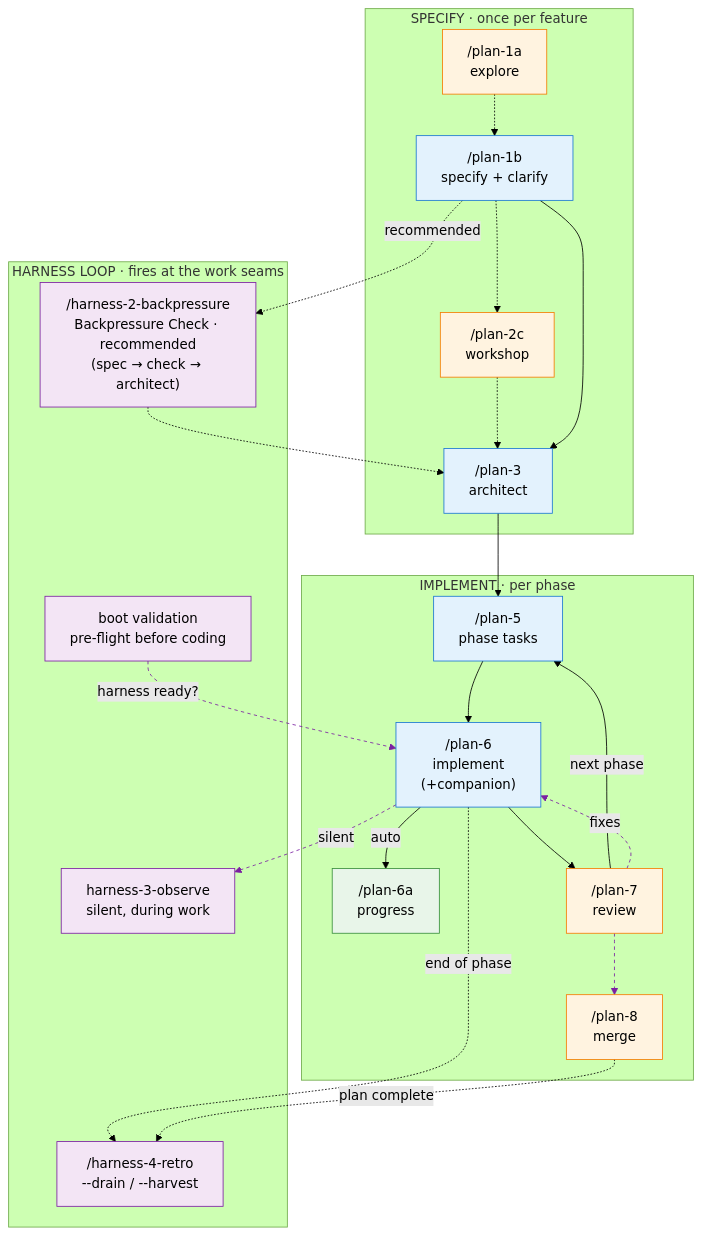
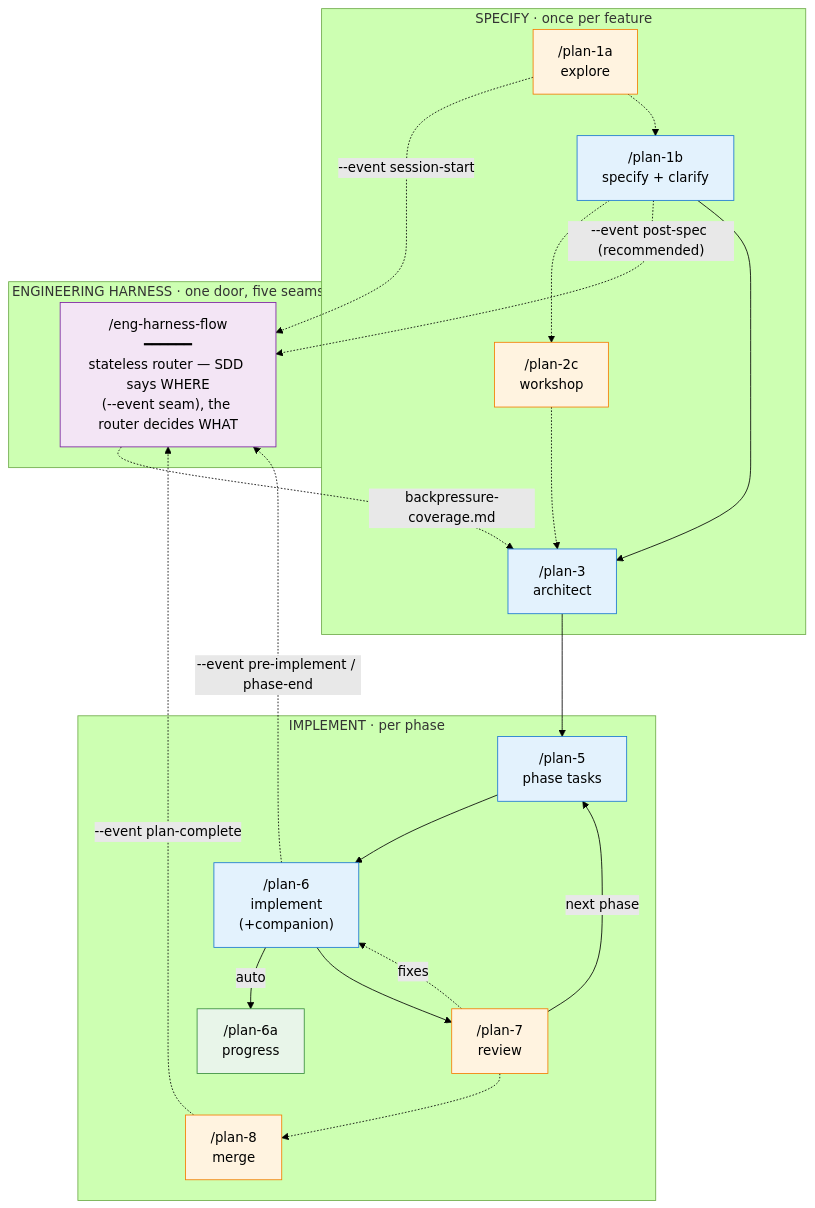
One commit to jakkaj/tools changed the first of 2 diagrams in skills/SDD/the-flow/references/getting-started.md. Above: the diagram before and after it, drawn with Mermaid (forest theme). The commit also changed other lines of this file and 44 other files, not shown here.

````diff
--- a/skills/SDD/the-flow/references/getting-started.md
+++ b/skills/SDD/the-flow/references/getting-started.md
@@ -18,50 +28,43 @@
 ```mermaid
 flowchart TB
     classDef manual fill:#e3f2fd,stroke:#1976d2,color:#000
     classDef auto fill:#e8f5e9,stroke:#388e3c,color:#000
     classDef optional fill:#fff3e0,stroke:#f57c00,color:#000
     classDef harness fill:#f3e5f5,stroke:#7b1fa2,color:#000
 
     subgraph specify["SPECIFY · once per feature"]
         P1A["/plan-1a<br/>explore"]:::optional
         P1B["/plan-1b<br/>specify + clarify"]:::manual
         P2C["/plan-2c<br/>workshop"]:::optional
         P3["/plan-3<br/>architect"]:::manual
     end
 
     subgraph implement["IMPLEMENT · per phase"]
         P5["/plan-5<br/>phase tasks"]:::manual
         P6["/plan-6<br/>implement<br/>(+companion)"]:::manual
         P6A["/plan-6a<br/>progress"]:::auto
         P7["/plan-7<br/>review"]:::optional
         P8["/plan-8<br/>merge"]:::optional
     end
 
-    subgraph harness["HARNESS LOOP · fires at the work seams"]
-        HBP["/harness-2-backpressure<br/>Backpressure Check · recommended<br/>(spec → check → architect)"]:::harness
-        HB["boot validation<br/>pre-flight before coding"]:::harness
-        HO["harness-3-observe<br/>silent, during work"]:::harness
-        HR["/harness-4-retro<br/>--drain / --harvest"]:::harness
+    subgraph harness["ENGINEERING HARNESS · one door, five seams"]
+        R["/eng-harness-flow<br/>━━━━━━<br/>stateless router — SDD says WHERE<br/>(--event seam), the router decides WHAT"]:::harness
     end
 
+    P1A -.->|"--event session-start"| R
     P1A -.-> P1B
     P1B -.-> P2C
     P2C -.-> P3
-    P1B -.->|recommended| HBP
-    HBP -.-> P3
+    P1B -.->|"--event post-spec (recommended)"| R
+    R -.->|backpressure-coverage.md| P3
     P1B --> P3
     P3 --> P5
     P5 --> P6
     P6 -->|auto| P6A
     P6 --> P7
     P7 -->|next phase| P5
     P7 -.->|fixes| P6
     P7 -.-> P8
-
-    HB -.->|harness ready?| P6
-    P6 -.->|silent| HO
-    P6 -.->|end of phase| HR
-    P8 -.->|plan complete| HR
-
-    linkStyle 11,12,13,14 stroke:#7b1fa2,stroke-dasharray:4 4
+    P6 -.->|"--event pre-implement / phase-end"| R
+    P8 -.->|"--event plan-complete"| R
 ```
````
